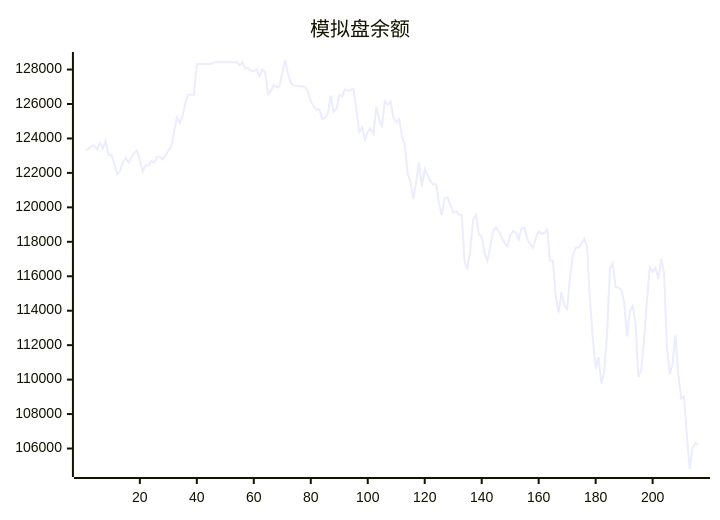
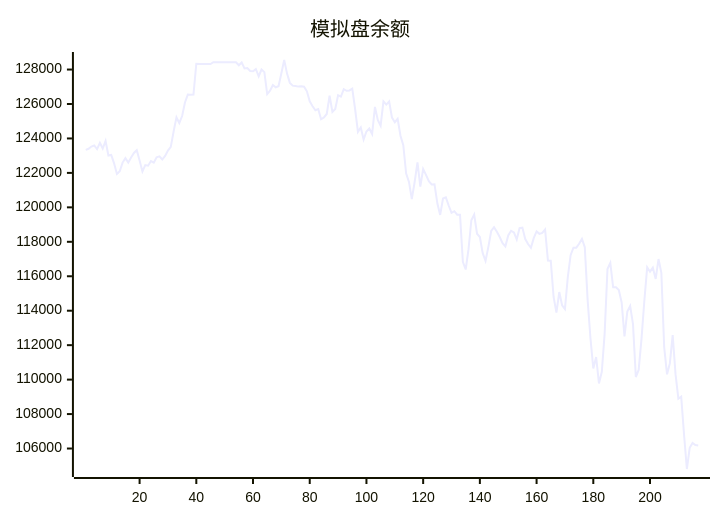
The diagram in README.md (aahl/ai-trading), drawn with Mermaid before and after one commit. The commit also changed other lines of this file and 1 other file, not shown here.

````diff
--- a/README.md
+++ b/README.md
@@ -5,5 +5,5 @@
 ```mermaid
 xychart
     title "模拟盘余额"
-    line [123338,123402,123530,123592,123378,123745,123413,123853,123009,123040,122557,121938,122095,122599,122856,122597,122898,123160,123319,122719,122087,122454,122416,122685,122592,122907,122961,122776,122981,123295,123507,124403,125224,124894,125303,126088,126544,126534,126549,128335,128318,128318,128318,128318,128318,128424,128424,128424,128424,128424,128424,128424,128424,128424,128247,128412,128062,128087,127917,127901,128026,127611,128000,127850,126572,126770,127100,126971,127029,127783,128554,127765,127224,127064,127044,127009,127025,127004,126738,126152,125871,125635,125707,125117,125217,125420,126480,125545,125715,126511,126424,126856,126764,126788,126890,125710,124381,124632,123936,124402,124574,124256,125833,125070,124739,126154,125966,126145,125213,124943,125143,124157,123604,121959,121476,120476,121470,122610,121201,122221,121889,121522,121332,121344,120232,119559,120513,120577,120108,119680,119777,119572,119568,116839,116392,117573,119250,119585,118469,118277,117338,116897,117706,118628,118849,118579,118280,117926,117735,118373,118639,118544,118136,118798,118819,118162,117874,117649,118215,118601,118463,118517,118713,116911,116899,114798,113887,115084,114313,114091,115934,117221,117658,117658,117883,118164,117693,114632,112403,110644,111313,109777,110444,112673,116419,116772,115355,115355,115198,114476,112510,113954,114276,113223,110151,110561,112361,114562,116522,116265,116500,115845,117000,116199,111887,110306,110942,112588,110318,108891,109011,106814,104811,106038,106327,106201]
+    line [123338,123402,123530,123592,123378,123745,123413,123853,123009,123040,122557,121938,122095,122599,122856,122597,122898,123160,123319,122719,122087,122454,122416,122685,122592,122907,122961,122776,122981,123295,123507,124403,125224,124894,125303,126088,126544,126534,126549,128335,128318,128318,128318,128318,128318,128424,128424,128424,128424,128424,128424,128424,128424,128424,128247,128412,128062,128087,127917,127901,128026,127611,128000,127850,126572,126770,127100,126971,127029,127783,128554,127765,127224,127064,127044,127009,127025,127004,126738,126152,125871,125635,125707,125117,125217,125420,126480,125545,125715,126511,126424,126856,126764,126788,126890,125710,124381,124632,123936,124402,124574,124256,125833,125070,124739,126154,125966,126145,125213,124943,125143,124157,123604,121959,121476,120476,121470,122610,121201,122221,121889,121522,121332,121344,120232,119559,120513,120577,120108,119680,119777,119572,119568,116839,116392,117573,119250,119585,118469,118277,117338,116897,117706,118628,118849,118579,118280,117926,117735,118373,118639,118544,118136,118798,118819,118162,117874,117649,118215,118601,118463,118517,118713,116911,116899,114798,113887,115084,114313,114091,115934,117221,117658,117658,117883,118164,117693,114632,112403,110644,111313,109777,110444,112673,116419,116772,115355,115355,115198,114476,112510,113954,114276,113223,110151,110561,112361,114562,116522,116265,116500,115845,117000,116199,111887,110306,110942,112588,110318,108891,109011,106814,104811,106038,106327,106201,106180]
 ```
````
